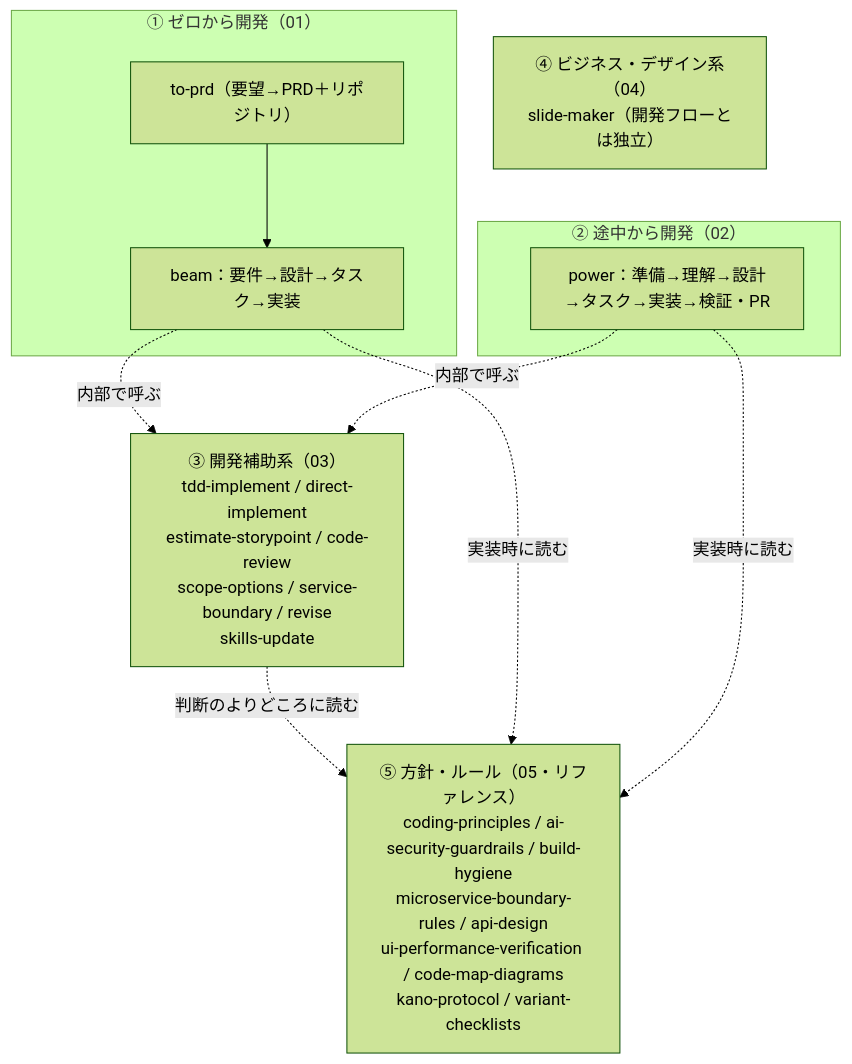
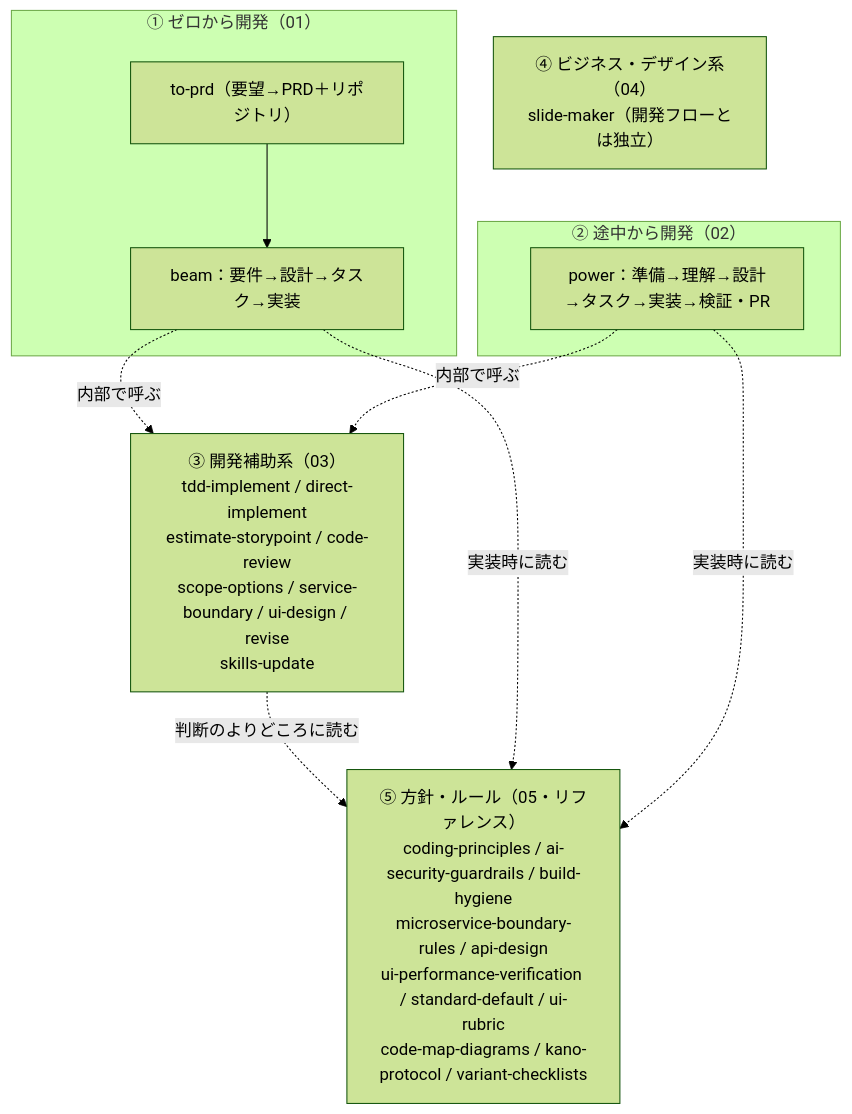
Before and after one commit to acs-sa-okamoto/claudecode-template-for-devcontainer: the diagram in .claude/skills-catalog/00-index.md, drawn with Mermaid (forest theme). The commit also changed other lines of this file and 51 other files, not shown here.

````diff
--- a/.claude/skills-catalog/00-index.md
+++ b/.claude/skills-catalog/00-index.md
@@ -29,20 +30,20 @@
 ```mermaid
 flowchart TD
     subgraph Z["① ゼロから開発（01）"]
         T["to-prd（要望→PRD＋リポジトリ）"] --> BM["beam：要件→設計→タスク→実装"]
     end
     subgraph M["② 途中から開発（02）"]
         PW["power：準備→理解→設計→タスク→実装→検証・PR"]
     end
 
-    AUX["③ 開発補助系（03）<br>tdd-implement / direct-implement<br>estimate-storypoint / code-review<br>scope-options / service-boundary / revise<br>skills-update"]
-    REF["⑤ 方針・ルール（05・リファレンス）<br>coding-principles / ai-security-guardrails / build-hygiene<br>microservice-boundary-rules / api-design<br>ui-performance-verification / code-map-diagrams<br>kano-protocol / variant-checklists"]
+    AUX["③ 開発補助系（03）<br>tdd-implement / direct-implement<br>estimate-storypoint / code-review<br>scope-options / service-boundary / ui-design / revise<br>skills-update"]
+    REF["⑤ 方針・ルール（05・リファレンス）<br>coding-principles / ai-security-guardrails / build-hygiene<br>microservice-boundary-rules / api-design<br>ui-performance-verification / standard-default / ui-rubric<br>code-map-diagrams / kano-protocol / variant-checklists"]
 
     BM -. "内部で呼ぶ" .-> AUX
     PW -. "内部で呼ぶ" .-> AUX
     AUX -. "判断のよりどころに読む" .-> REF
     BM -. "実装時に読む" .-> REF
     PW -. "実装時に読む" .-> REF
 
     BIZ["④ ビジネス・デザイン系（04）<br>slide-maker（開発フローとは独立）"]
 ```
````
